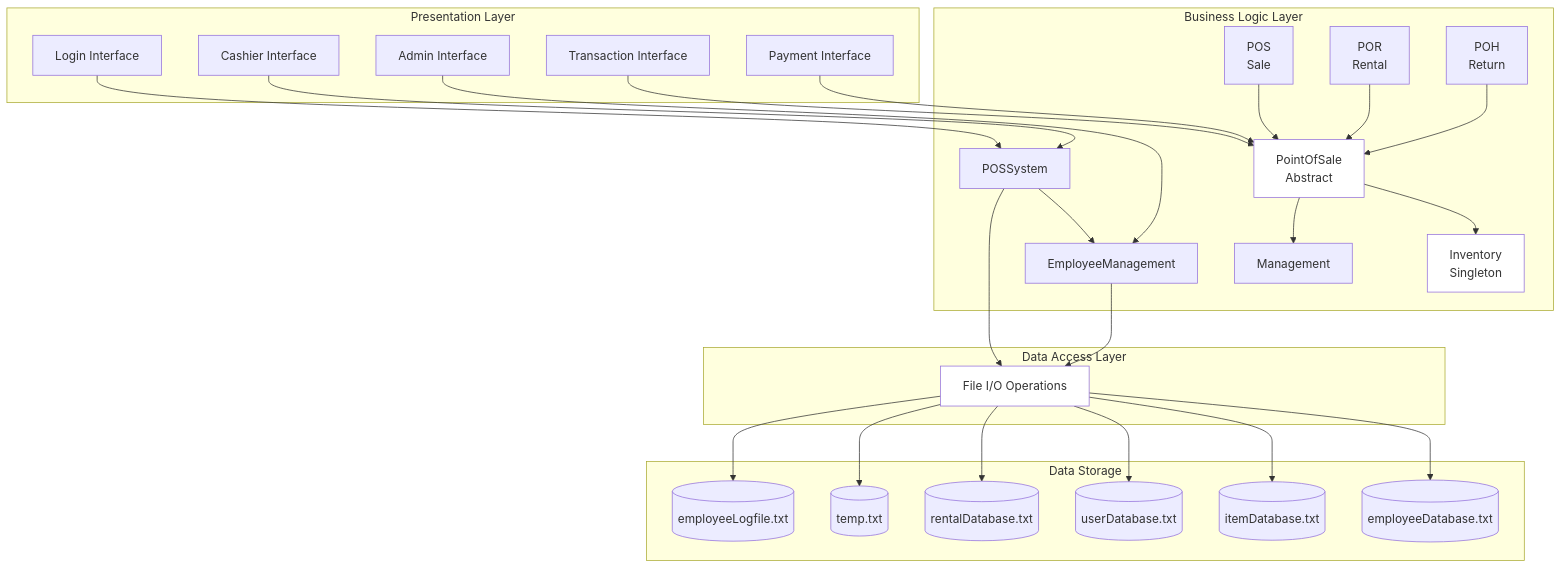
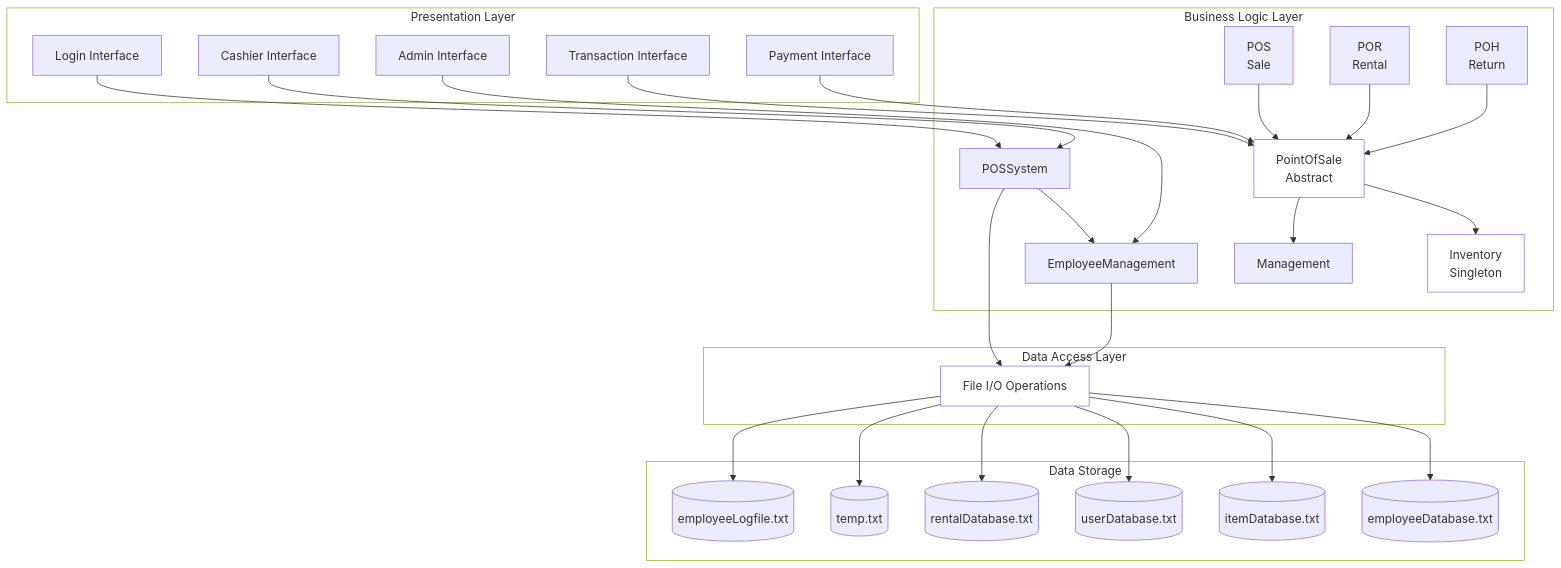
The first of 23 diagrams in legacy/DIAGRAMS.md (MasterOz786/Re-Engineering-POS), drawn with Mermaid before and after one commit. The commit also changed other lines of this file, not shown here.

Commit message:
Add white background styles to all subgraphs in diagrams

````diff
--- a/legacy/DIAGRAMS.md
+++ b/legacy/DIAGRAMS.md
@@ -21,60 +21,64 @@
 ```mermaid
 graph TB
-    subgraph "Presentation Layer"
+    subgraph INIT1["Presentation Layer"]
         Login[Login Interface]
         Cashier[Cashier Interface]
         Admin[Admin Interface]
         Transaction[Transaction Interface]
         Payment[Payment Interface]
     end
     
-    subgraph "Business Logic Layer"
+    subgraph INIT2["Business Logic Layer"]
         POSSystem[POSSystem]
         EmployeeMgmt[EmployeeManagement]
         PointOfSale[PointOfSale<br/>Abstract]
         POS[POS<br/>Sale]
         POR[POR<br/>Rental]
         POH[POH<br/>Return]
         Inventory[Inventory<br/>Singleton]
         Management[Management]
     end
     
-    subgraph "Data Access Layer"
+    subgraph INIT3["Data Access Layer"]
         FileIO[File I/O Operations]
     end
     
-    subgraph "Data Storage"
+    subgraph INIT4["Data Storage"]
         EmpDB[(employeeDatabase.txt)]
         ItemDB[(itemDatabase.txt)]
         UserDB[(userDatabase.txt)]
         RentalDB[(rentalDatabase.txt)]
         TempFile[(temp.txt)]
         LogFile[(employeeLogfile.txt)]
     end
     
     Login --> POSSystem
     Cashier --> POSSystem
     Admin --> EmployeeMgmt
     Transaction --> PointOfSale
     Payment --> PointOfSale
     
     POSSystem --> EmployeeMgmt
     POSSystem --> FileIO
     EmployeeMgmt --> FileIO
     PointOfSale --> Inventory
     PointOfSale --> Management
     POS --> PointOfSale
     POR --> PointOfSale
     POH --> PointOfSale
     
     FileIO --> EmpDB
     FileIO --> ItemDB
     FileIO --> UserDB
     FileIO --> RentalDB
     FileIO --> TempFile
     FileIO --> LogFile
     
     style PointOfSale fill:#ffffff
     style Inventory fill:#ffffff
     style FileIO fill:#ffffff
+    style INIT1 fill:#ffffff
+    style INIT2 fill:#ffffff
+    style INIT3 fill:#ffffff
+    style INIT4 fill:#ffffff
 ```
````
